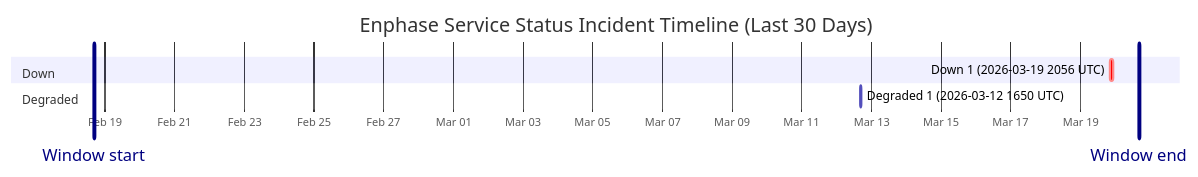
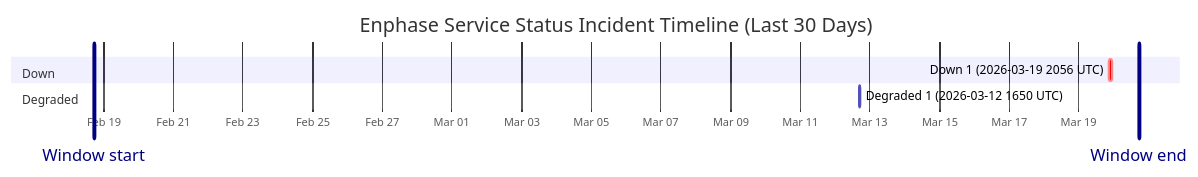
Before and after one commit to barneyonline/ha-enphase-ev-charger: the diagram in wiki/Service-Status-History.md, drawn with Mermaid. The commit also changed other lines of this file and 3 other files, not shown here.

````diff
--- a/wiki/Service-Status-History.md
+++ b/wiki/Service-Status-History.md
@@ -14,12 +14,12 @@
 ```mermaid
 gantt
     title Enphase Service Status Incident Timeline (Last 30 Days)
     dateFormat  YYYY-MM-DDTHH:mm:ss
     axisFormat  %b %d
-    Window start :vert, window-start, 2026-02-18T16:32:21, 0ms
-    Window end :vert, window-end, 2026-03-20T16:32:21, 0ms
+    Window start :vert, window-start, 2026-02-18T17:29:14, 0ms
+    Window end :vert, window-end, 2026-03-20T17:29:14, 0ms
     section Down
     Down 1 (2026-03-19 2056 UTC) :crit, down-1, 2026-03-19T20:56:20, 145m
     section Degraded
     Degraded 1 (2026-03-12 1650 UTC) :active, degraded-1, 2026-03-12T16:50:43, 60m
 ```
````
